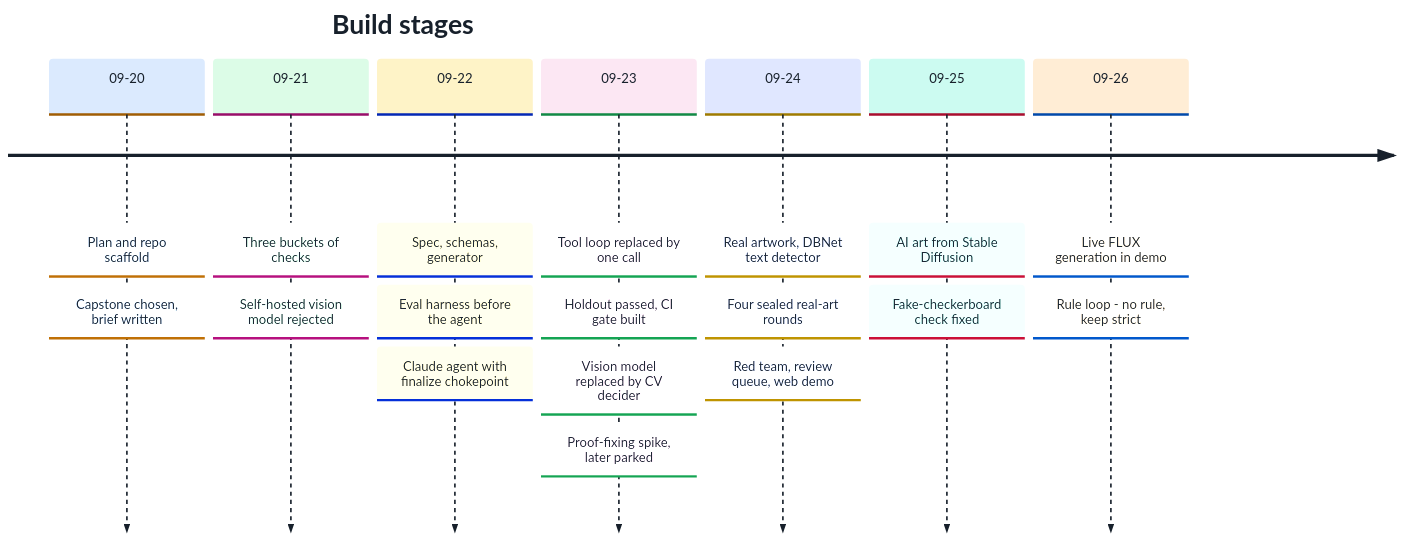
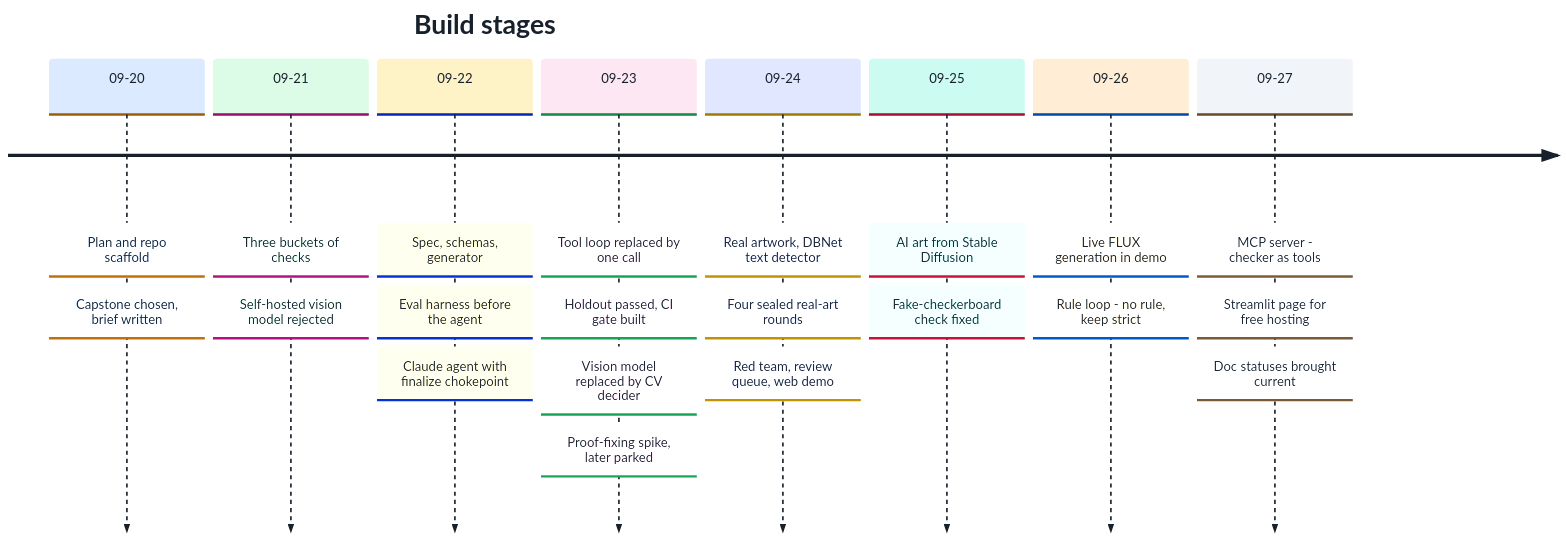
One commit to ashvolt/agents changed the third of 14 diagrams in capstone/docs/learn.md. Above: the diagram before and after it, drawn with Mermaid. The commit also changed other lines of this file, not shown here.

First line of the commit message:
docs(learn): bring the guide up to main - MCP server, Streamlit page, doc statuses

````diff
--- a/capstone/docs/learn.md
+++ b/capstone/docs/learn.md
@@ -261,23 +261,26 @@
 ```mermaid
 %%{init: {"theme":"base","themeVariables":{"background":"#ffffff","fontFamily":"Arial, Helvetica, sans-serif","primaryColor":"#eef3f8","primaryTextColor":"#17202b","primaryBorderColor":"#5a6573","secondaryColor":"#f5f7fa","secondaryTextColor":"#17202b","tertiaryColor":"#ffffff","tertiaryTextColor":"#17202b","lineColor":"#5a6573","textColor":"#17202b","titleColor":"#17202b","nodeTextColor":"#17202b","edgeLabelBackground":"#ffffff","clusterBkg":"#f7f9fb","clusterBorder":"#9aa5b1","cScale0":"#dbeafe","cScaleLabel0":"#17202b","cScalePeer0":"#5a6573","cScale1":"#dcfce7","cScaleLabel1":"#17202b","cScalePeer1":"#5a6573","cScale2":"#fef3c7","cScaleLabel2":"#17202b","cScalePeer2":"#5a6573","cScale3":"#fce7f3","cScaleLabel3":"#17202b","cScalePeer3":"#5a6573","cScale4":"#e0e7ff","cScaleLabel4":"#17202b","cScalePeer4":"#5a6573","cScale5":"#ccfbf1","cScaleLabel5":"#17202b","cScalePeer5":"#5a6573","cScale6":"#ffedd5","cScaleLabel6":"#17202b","cScalePeer6":"#5a6573","cScale7":"#f1f5f9","cScaleLabel7":"#17202b","cScalePeer7":"#5a6573"}}}%%
 timeline
     title Build stages
     09-20 : Plan and repo scaffold
           : Capstone chosen, brief written
     09-21 : Three buckets of checks
           : Self-hosted vision model rejected
     09-22 : Spec, schemas, generator
           : Eval harness before the agent
           : Claude agent with finalize chokepoint
     09-23 : Tool loop replaced by one call
           : Holdout passed, CI gate built
           : Vision model replaced by CV decider
           : Proof-fixing spike, later parked
     09-24 : Real artwork, DBNet text detector
           : Four sealed real-art rounds
           : Red team, review queue, web demo
     09-25 : AI art from Stable Diffusion
           : Fake-checkerboard check fixed
     09-26 : Live FLUX generation in demo
           : Rule loop - no rule, keep strict
+    09-27 : MCP server - checker as tools
+          : Streamlit page for free hosting
+          : Doc statuses brought current
 ```
````
